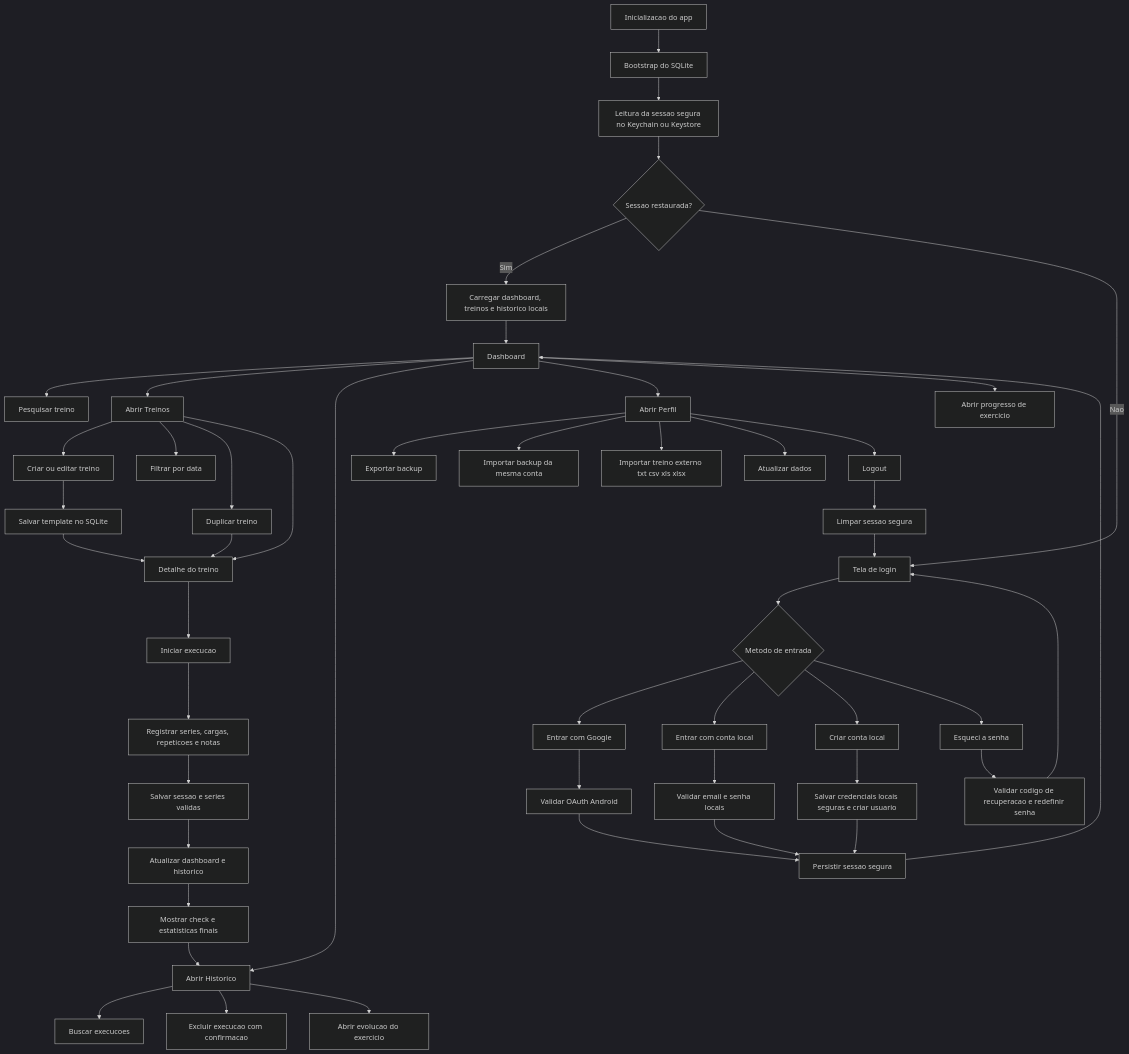
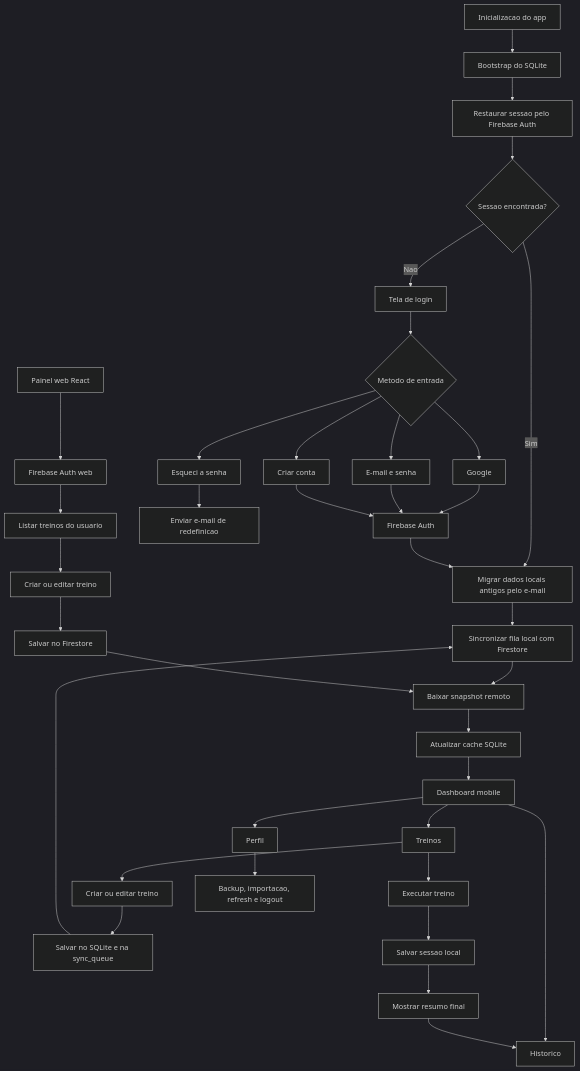
Before and after one commit to Samuellinx/LogGYM: the diagram in README.md, drawn with Mermaid (dark theme). The commit also changed other lines of this file and 54 other files, not shown here.

Commit message:
Alteração metodo de login + criação backend + website

````diff
--- a/README.md
+++ b/README.md
@@ -337,59 +250,41 @@
 ```mermaid
 flowchart TD
     A[Inicializacao do app] --> B[Bootstrap do SQLite]
-    B --> C[Leitura da sessao segura no Keychain ou Keystore]
-    C --> D{Sessao restaurada?}
-    D -- Sim --> E[Carregar dashboard, treinos e historico locais]
-    D -- Nao --> F[Tela de login]
+    B --> C[Restaurar sessao pelo Firebase Auth]
+    C --> D{Sessao encontrada?}
+    D -- Nao --> E[Tela de login]
+    D -- Sim --> F[Migrar dados locais antigos pelo e-mail]
+    F --> G[Sincronizar fila local com Firestore]
+    G --> H[Baixar snapshot remoto]
+    H --> I[Atualizar cache SQLite]
+    I --> J[Dashboard mobile]
 
-    F --> G{Metodo de entrada}
-    G --> H[Entrar com Google]
-    G --> I[Entrar com conta local]
-    G --> J[Criar conta local]
-    G --> K[Esqueci a senha]
-
-    H --> L[Validar OAuth Android]
-    L --> M[Persistir sessao segura]
-    I --> N[Validar email e senha locais]
-    J --> O[Salvar credenciais locais seguras e criar usuario]
-    K --> P[Validar codigo de recuperacao e redefinir senha]
-    N --> M
-    O --> M
+    E --> K{Metodo de entrada}
+    K --> L[Google]
+    K --> M[E-mail e senha]
+    K --> N[Criar conta]
+    K --> O[Esqueci a senha]
+    L --> P[Firebase Auth]
+    M --> P
+    N --> P
+    O --> Q[Enviar e-mail de redefinicao]
     P --> F
 
-    E --> Q[Dashboard]
-    M --> Q
+    J --> R[Treinos]
+    J --> S[Historico]
+    J --> T[Perfil]
+    R --> U[Criar ou editar treino]
+    U --> V[Salvar no SQLite e na sync_queue]
+    V --> G
+    R --> W[Executar treino]
+    W --> X[Salvar sessao local]
+    X --> Y[Mostrar resumo final]
+    Y --> S
+    T --> Z[Backup, importacao, refresh e logout]
 
-    Q --> R[Pesquisar treino]
-    Q --> S[Abrir Treinos]
-    Q --> T[Abrir Historico]
-    Q --> U[Abrir Perfil]
-    Q --> V[Abrir progresso de exercicio]
-
-    S --> W[Criar ou editar treino]
-    W --> X[Salvar template no SQLite]
-    S --> Y[Filtrar por data]
-    S --> Z[Duplicar treino]
-    S --> AA[Detalhe do treino]
-    Z --> AA
-    X --> AA
-
-    AA --> AB[Iniciar execucao]
-    AB --> AC[Registrar series, cargas, repeticoes e notas]
-    AC --> AD[Salvar sessao e series validas]
-    AD --> AE[Atualizar dashboard e historico]
-    AE --> AF[Mostrar check e estatisticas finais]
-    AF --> T
-
-    T --> AG[Buscar execucoes]
-    T --> AH[Excluir execucao com confirmacao]
-    T --> AI[Abrir evolucao do exercicio]
-
-    U --> AJ[Exportar backup]
-    U --> AK[Importar backup da mesma conta]
-    U --> AL[Importar treino externo txt csv xls xlsx]
-    U --> AM[Atualizar dados]
-    U --> AN[Logout]
-    AN --> AO[Limpar sessao segura]
-    AO --> F
+    AA[Painel web React] --> AB[Firebase Auth web]
+    AB --> AC[Listar treinos do usuario]
+    AC --> AD[Criar ou editar treino]
+    AD --> AE[Salvar no Firestore]
+    AE --> H
 ```
````
